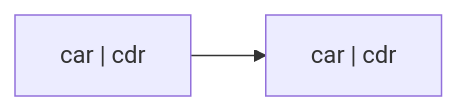
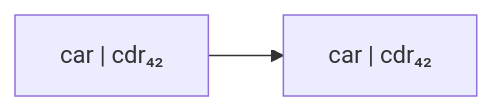
The diagram in slides/papers/stak-scheme/code-graph-in-depth.mmd (raviqqe/doc), drawn with Mermaid before and after one commit.

```diff
--- a/slides/papers/stak-scheme/code-graph-in-depth.mmd
+++ b/slides/papers/stak-scheme/code-graph-in-depth.mmd
@@ -1,2 +1,2 @@
 flowchart LR
-  c0["car | cdr"] --> c1["car | cdr"]
+  c0["car | cdr₄₂"] --> c1["car | cdr₄₂"]
```
